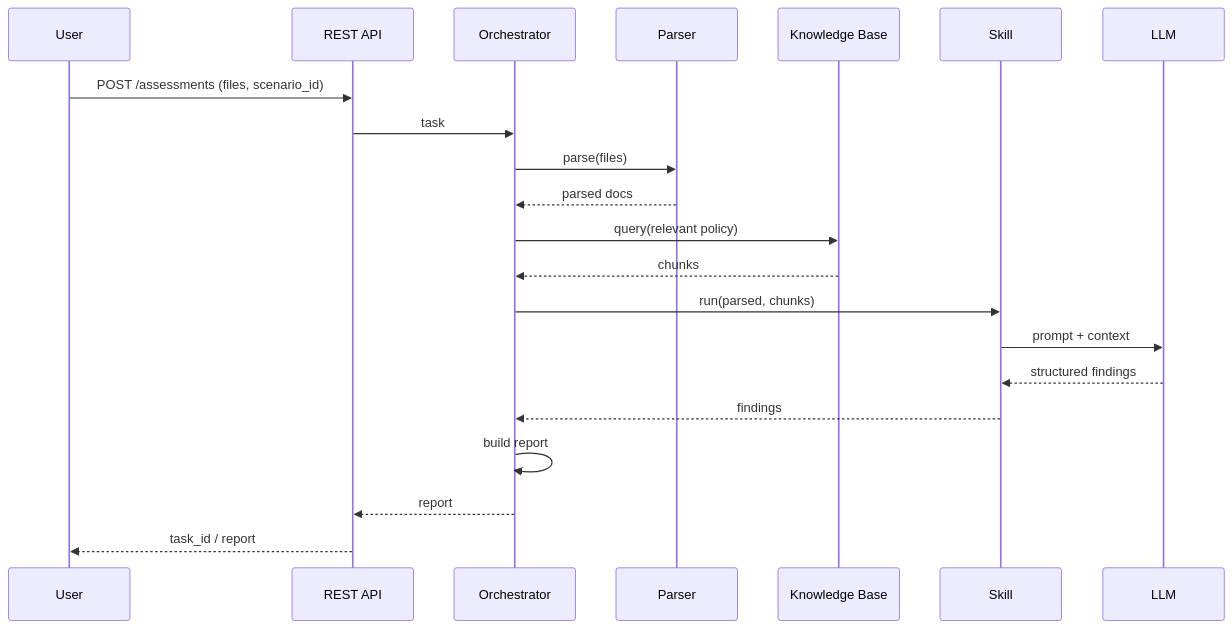
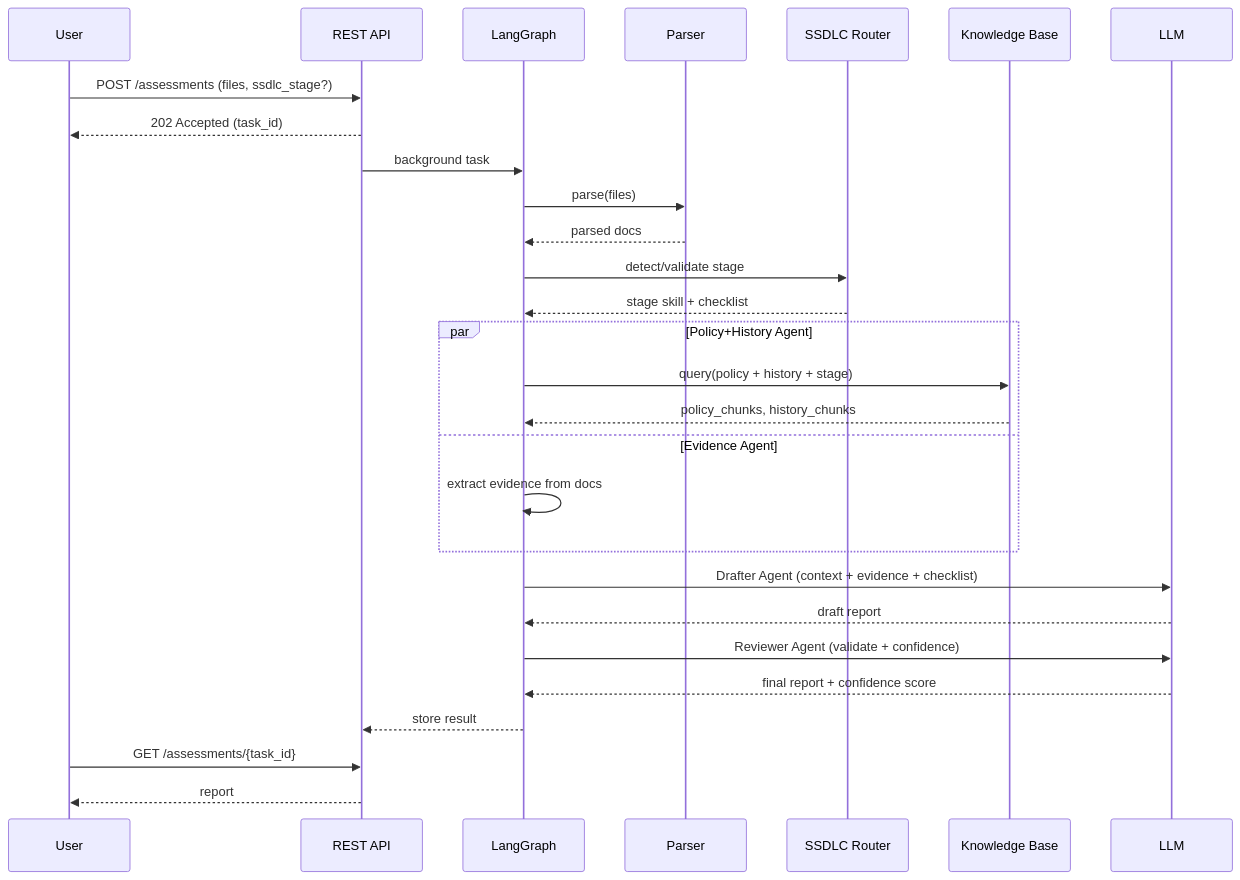
One commit to arthurpanhku/DocSentinel changed the fifth of 7 diagrams in ARCHITECTURE.md. Above: the diagram before and after it, drawn with Mermaid. The commit also changed other lines of this file and 9 other files, not shown here.

````diff
--- a/ARCHITECTURE.md
+++ b/ARCHITECTURE.md
@@ -159,24 +217,37 @@
 ```mermaid
 sequenceDiagram
     participant U as User
     participant API as REST API
-    participant Orch as Orchestrator
+    participant Graph as LangGraph
     participant Parser as Parser
+    participant Router as SSDLC Router
     participant KB as Knowledge Base
-    participant Skill as Skill
     participant LLM as LLM
 
-    U->>API: POST /assessments (files, scenario_id)
-    API->>Orch: task
-    Orch->>Parser: parse(files)
-    Parser-->>Orch: parsed docs
-    Orch->>KB: query(relevant policy)
-    KB-->>Orch: chunks
-    Orch->>Skill: run(parsed, chunks)
-    Skill->>LLM: prompt + context
-    LLM-->>Skill: structured findings
-    Skill-->>Orch: findings
-    Orch->>Orch: build report
-    Orch-->>API: report
-    API-->>U: task_id / report
+    U->>API: POST /assessments (files, ssdlc_stage?)
+    API-->>U: 202 Accepted (task_id)
+    API->>Graph: background task
+
+    Graph->>Parser: parse(files)
+    Parser-->>Graph: parsed docs
+
+    Graph->>Router: detect/validate stage
+    Router-->>Graph: stage skill + checklist
+
+    par Policy+History Agent
+        Graph->>KB: query(policy + history + stage)
+        KB-->>Graph: policy_chunks, history_chunks
+    and Evidence Agent
+        Graph->>Graph: extract evidence from docs
+    end
+
+    Graph->>LLM: Drafter Agent (context + evidence + checklist)
+    LLM-->>Graph: draft report
+
+    Graph->>LLM: Reviewer Agent (validate + confidence)
+    LLM-->>Graph: final report + confidence score
+
+    Graph-->>API: store result
+    U->>API: GET /assessments/{task_id}
+    API-->>U: report
 ```
````
